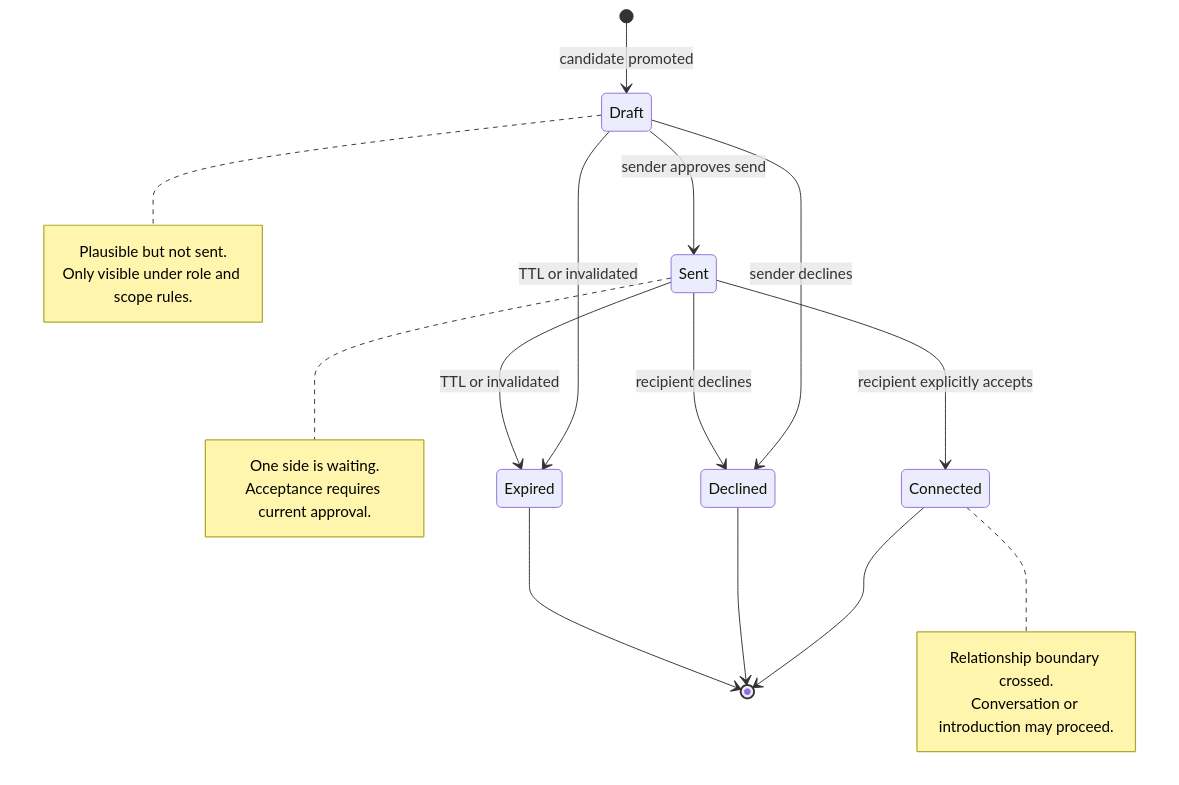
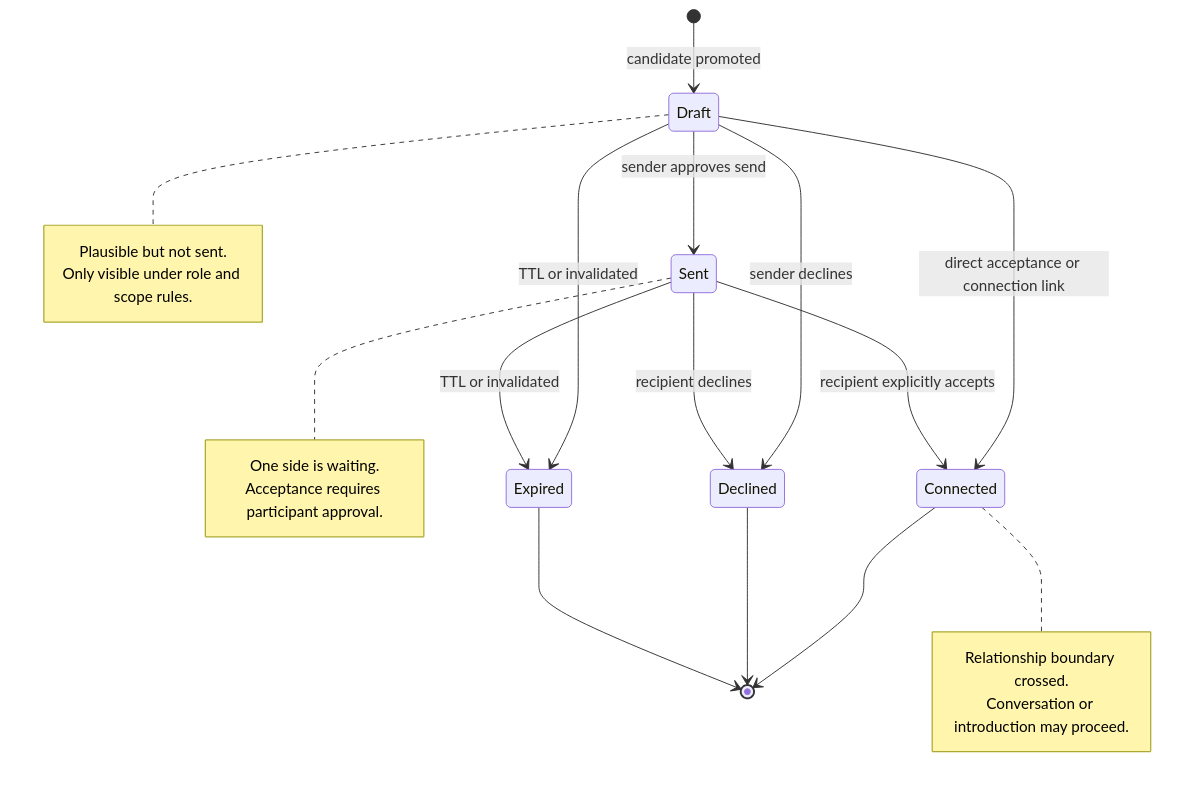
One commit to indexnetwork/index changed the fourth of 6 diagrams in packages/protocol/README.md. Above: the diagram before and after it, drawn with Mermaid. The commit also changed other lines of this file, not shown here.

````diff
--- a/packages/protocol/README.md
+++ b/packages/protocol/README.md
@@ -251,30 +254,31 @@
 ```mermaid
 stateDiagram-v2
     [*] --> Draft: candidate promoted
     Draft --> Sent: sender approves send
+    Draft --> Connected: direct acceptance or connection link
     Draft --> Declined: sender declines
     Draft --> Expired: TTL or invalidated
 
     Sent --> Connected: recipient explicitly accepts
     Sent --> Declined: recipient declines
     Sent --> Expired: TTL or invalidated
 
     Connected --> [*]
     Declined --> [*]
     Expired --> [*]
 
     note right of Draft
       Plausible but not sent.
       Only visible under role and scope rules.
     end note
 
     note right of Sent
       One side is waiting.
-      Acceptance requires current approval.
+      Acceptance requires participant approval.
     end note
 
     note right of Connected
       Relationship boundary crossed.
       Conversation or introduction may proceed.
     end note
 ```
````
